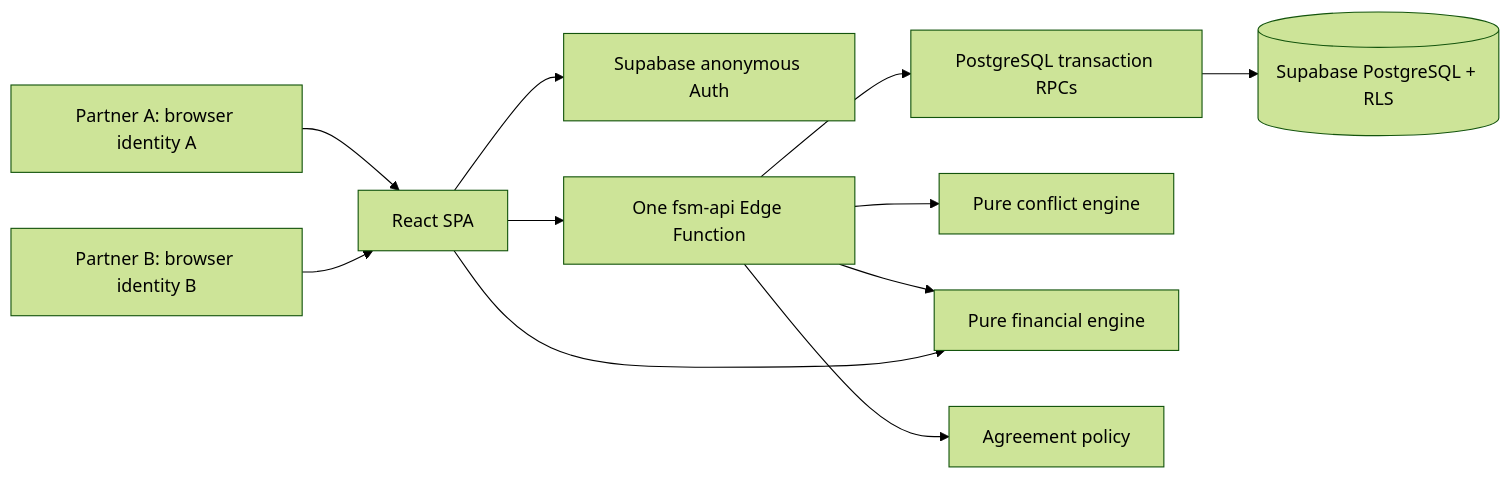
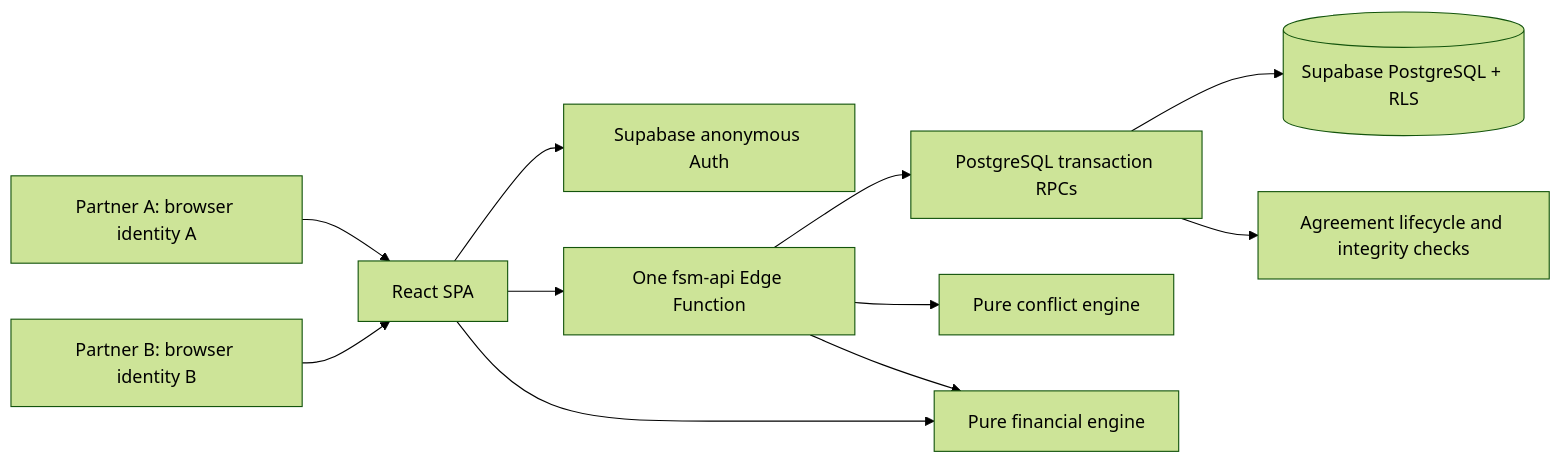
One commit to anuarmariyam/FirstSharedMoney changed the first of 2 diagrams in docs/ARCHITECTURE.md. Above: the diagram before and after it, drawn with Mermaid (forest theme). The commit also changed other lines of this file and 7 other files, not shown here.

````diff
--- a/docs/ARCHITECTURE.md
+++ b/docs/ARCHITECTURE.md
@@ -31,13 +37,13 @@
 ```mermaid
 flowchart LR
   A[Partner A: browser identity A] --> WEB[React SPA]
   B[Partner B: browser identity B] --> WEB
   WEB --> AUTH[Supabase anonymous Auth]
   WEB --> EDGE[One fsm-api Edge Function]
   EDGE --> RPC[PostgreSQL transaction RPCs]
   RPC --> DB[(Supabase PostgreSQL + RLS)]
   EDGE --> COMPARE[Pure conflict engine]
   EDGE --> FINANCE[Pure financial engine]
   WEB --> FINANCE
-  EDGE --> POLICY[Agreement policy]
+  RPC --> POLICY[Agreement lifecycle and integrity checks]
 ```
````
